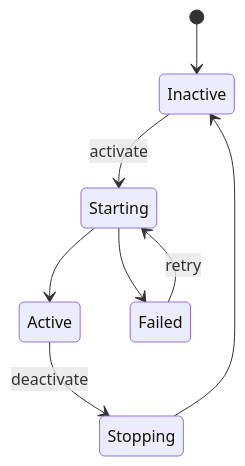
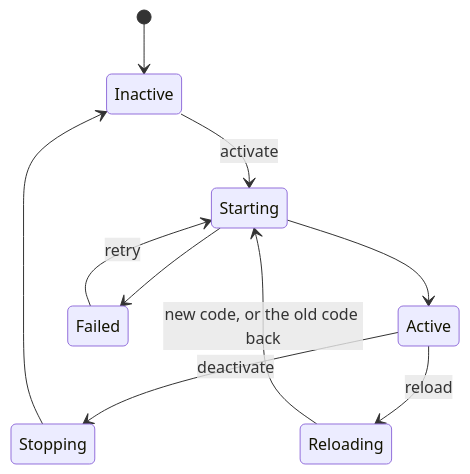
Before and after one commit to sharramon/AI_Assistant: the fourth of 5 diagrams in docs/architecture/core.md, drawn with Mermaid. The commit also changed other lines of this file and 35 other files, not shown here.

Commit message:
Docs: module pages, module library, architecture and API updates

````diff
--- a/docs/architecture/core.md
+++ b/docs/architecture/core.md
@@ -175,10 +179,12 @@
 ```mermaid
 stateDiagram-v2
     [*] --> Inactive
     Inactive --> Starting: activate
     Starting --> Active
     Starting --> Failed
     Active --> Stopping: deactivate
     Stopping --> Inactive
+    Active --> Reloading: reload
+    Reloading --> Starting: new code, or the old code back
     Failed --> Starting: retry
 ```
````
